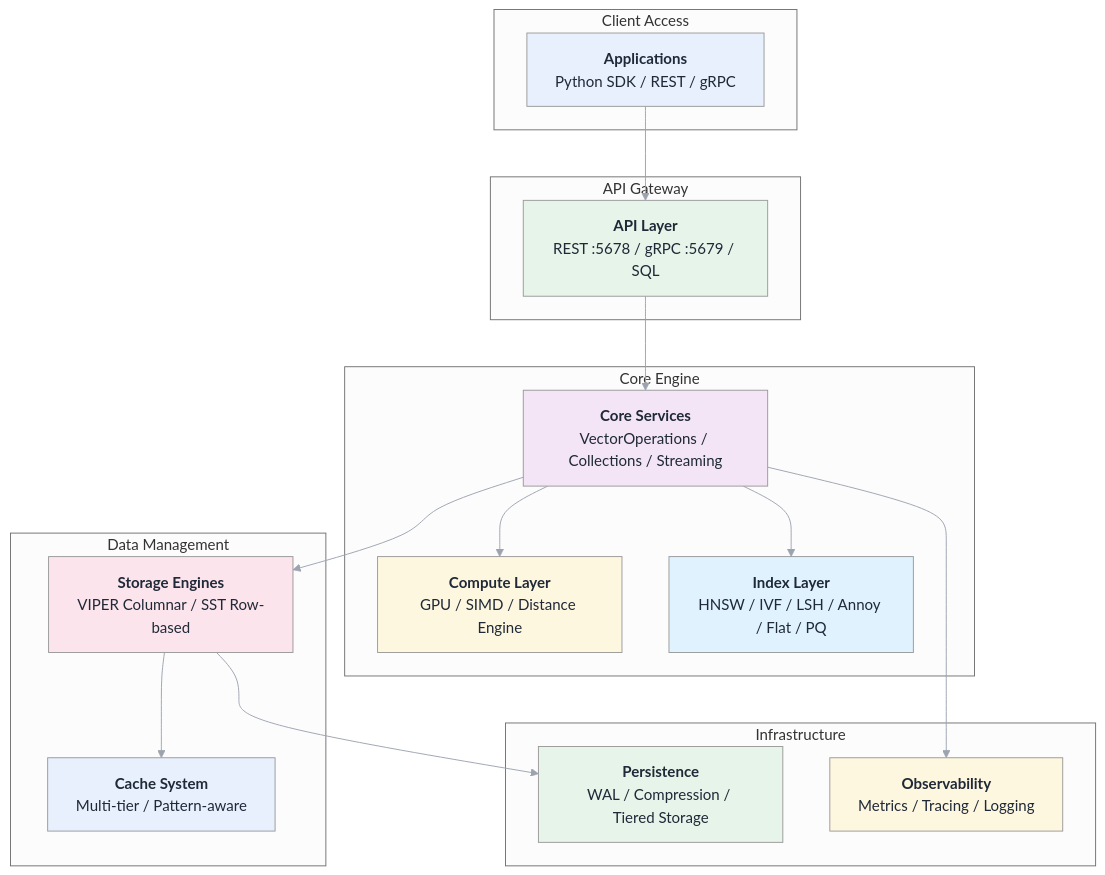
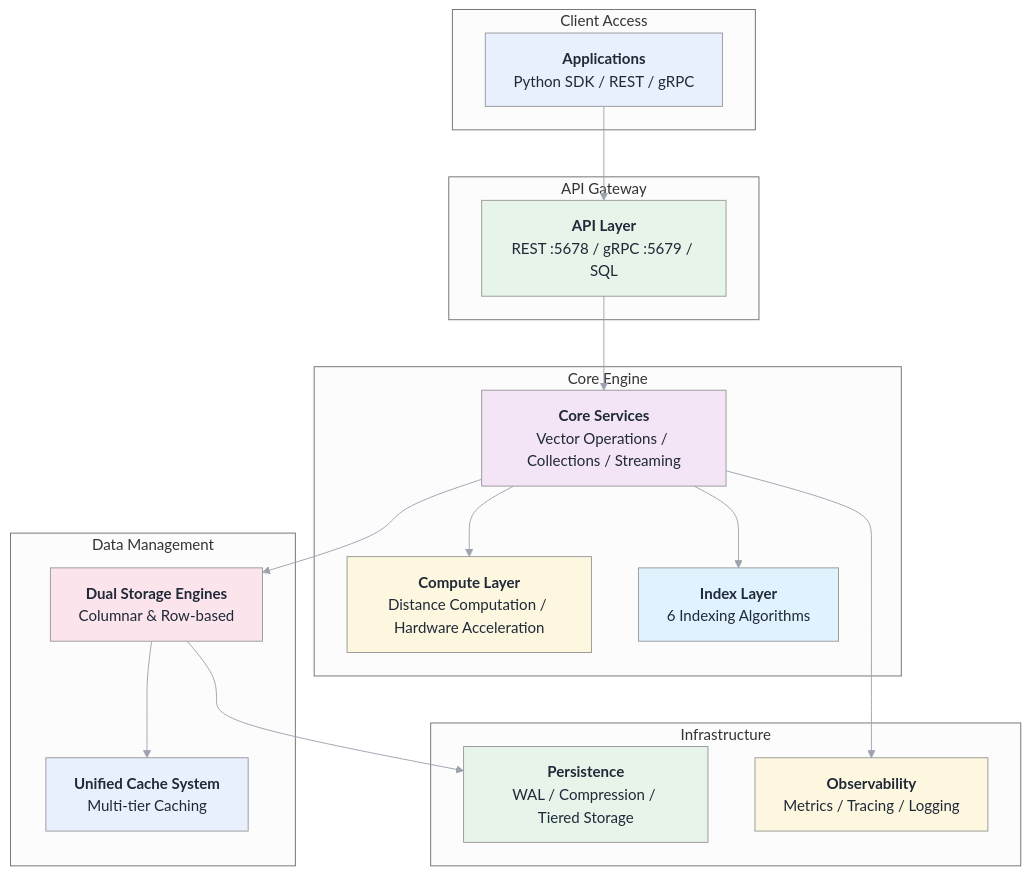
One commit to vjsingh1984/proximaDB changed the diagram in docs/diagrams/technical-overview.mmd. Above: the diagram before and after it, drawn with Mermaid. The commit also changed 250 other files, not shown here.

```diff
--- a/docs/diagrams/technical-overview.mmd
+++ b/docs/diagrams/technical-overview.mmd
@@ -1,44 +1,44 @@
 %%{init: {'theme':'neutral', 'themeVariables': {'primaryColor':'#3b82f6','primaryTextColor':'#1f2937','primaryBorderColor':'#6b7280','lineColor':'#9ca3af','secondaryColor':'#10b981','tertiaryColor':'#f59e0b','background':'transparent','mainBkg':'#f3f4f6','secondBkg':'#e5e7eb','textColor':'#1f2937'}}}%%
 graph TB
     subgraph "Client Access"
         Client[<b>Applications</b><br/>Python SDK / REST / gRPC]
     end
     
     subgraph "API Gateway"
         API[<b>API Layer</b><br/>REST :5678 / gRPC :5679 / SQL]
     end
     
     subgraph "Core Engine"
-        Services[<b>Core Services</b><br/>VectorOperations / Collections / Streaming]
-        Compute[<b>Compute Layer</b><br/>GPU / SIMD / Distance Engine]
-        Index[<b>Index Layer</b><br/>HNSW / IVF / LSH / Annoy / Flat / PQ]
+        Services[<b>Core Services</b><br/>Vector Operations / Collections / Streaming]
+        Compute[<b>Compute Layer</b><br/>Distance Computation / Hardware Acceleration]
+        Index[<b>Index Layer</b><br/>6 Indexing Algorithms]
     end
     
     subgraph "Data Management"
-        Storage[<b>Storage Engines</b><br/>VIPER Columnar / SST Row-based]
-        Cache[<b>Cache System</b><br/>Multi-tier / Pattern-aware]
+        Storage[<b>Dual Storage Engines</b><br/>Columnar & Row-based]
+        Cache[<b>Unified Cache System</b><br/>Multi-tier Caching]
     end
     
     subgraph "Infrastructure"
         Persistence[<b>Persistence</b><br/>WAL / Compression / Tiered Storage]
         Monitor[<b>Observability</b><br/>Metrics / Tracing / Logging]
     end
     
     Client --> API
     API --> Services
     Services --> Compute
     Services --> Index
     Services --> Storage
     Storage --> Cache
     Storage --> Persistence
     Services --> Monitor
     
     style Client fill:#e8f0fe
     style API fill:#e6f4ea
     style Services fill:#f3e5f5
     style Compute fill:#fef7e0
     style Index fill:#e0f2fe
     style Storage fill:#fce4ec
     style Cache fill:#e8f0fe
     style Persistence fill:#e6f4ea
     style Monitor fill:#fef7e0
```
